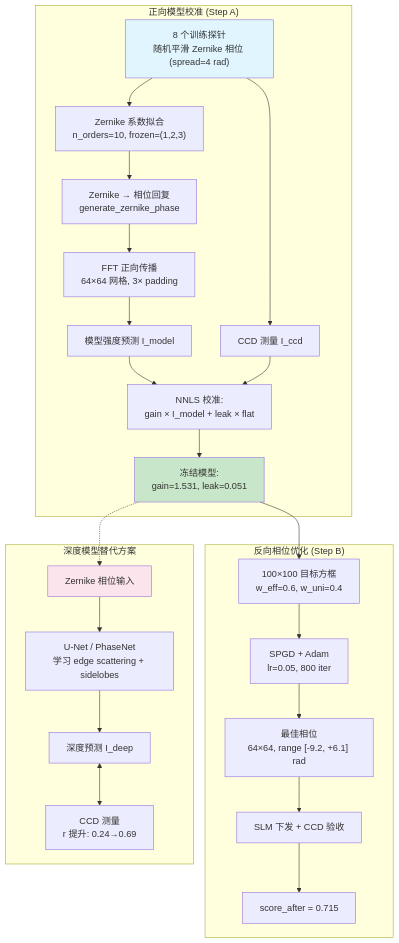
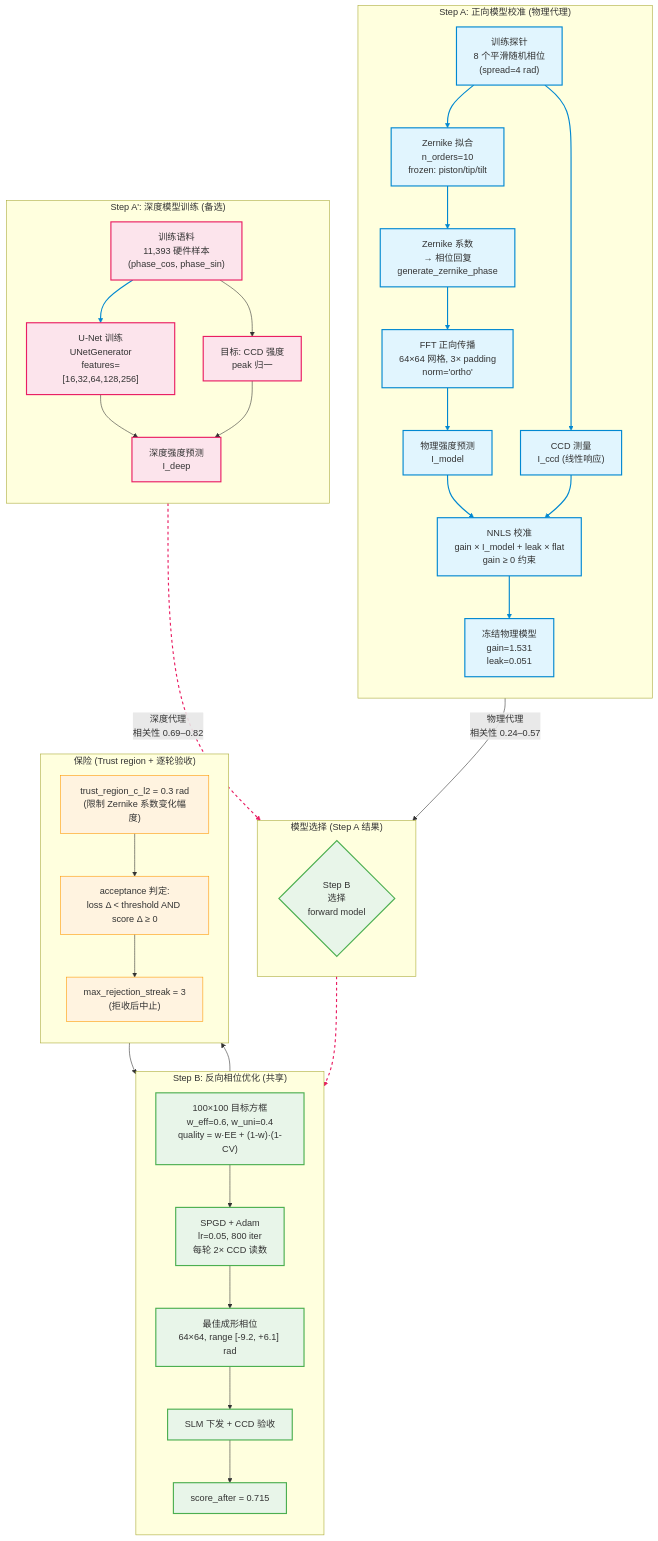
The first of 2 diagrams in report/shape_trials/model_in_loop_live_20261013.md (ywzhang909/AO-shaping), drawn with Mermaid before and after one commit. The commit also changed other lines of this file and 5 other files, not shown here.

Commit message:
report: explain deep model vs inverse optimization relationship with comparison table + forward pass diagram

````diff
--- a/report/shape_trials/model_in_loop_live_20261013.md
+++ b/report/shape_trials/model_in_loop_live_20261013.md
@@ -78,32 +82,76 @@
 ```mermaid
 graph TD
-    subgraph "正向模型校准 (Step A)"
-        A1["8 个训练探针<br/>随机平滑 Zernike 相位 (spread=4 rad)"] --> B1["Zernike 系数拟合<br/>n_orders=10, frozen=(1,2,3)"]
-        B1 --> C1[Zernike → 相位回复<br/>generate_zernike_phase]
-        C1 --> D1[FFT 正向传播<br/>64×64 网格, 3× padding]
-        D1 --> E1[模型强度预测 I_model]
-        A1 --> F1[CCD 测量 I_ccd]
-        E1 --> G1[NNLS 校准:<br/>gain × I_model + leak × flat]
+    %% Step A: Forward Model Calibration (Physical)
+    subgraph "Step A: 正向模型校准 (物理代理)"
+        direction TB
+        A1["训练探针<br/>8 个平滑随机相位<br/>(spread=4 rad)"] --> B1["Zernike 拟合<br/>n_orders=10<br/>frozen: piston/tip/tilt"]
+        B1 --> C1["Zernike 系数<br/>→ 相位回复<br/>generate_zernike_phase"]
+        C1 --> D1["FFT 正向传播<br/>64×64 网格, 3× padding<br/>norm='ortho'"]
+        D1 --> E1["物理强度预测<br/>I_model"]
+        A1 --> F1["CCD 测量<br/>I_ccd (线性响应)"]
+        E1 --> G1["NNLS 校准<br/>gain × I_model + leak × flat<br/>gain ≥ 0 约束"]
         F1 --> G1
-        G1 --> H1[冻结模型:<br/>gain=1.531, leak=0.051]
+        G1 --> H1["冻结物理模型<br/>gain=1.531<br/>leak=0.051"]
     end
 
-    subgraph "反向相位优化 (Step B)"
-        H1 --> I1[100×100 目标方框<br/>w_eff=0.6, w_uni=0.4]
-        I1 --> J1[SPGD + Adam<br/>lr=0.05, 800 iter]
-        J1 --> K1["最佳相位<br/>64×64, range [-9.2, +6.1] rad"]
-        K1 --> L1[SLM 下发 + CCD 验收]
-        L1 --> M1[score_after = 0.715]
+    %% Step A (Deep): Forward Model Training (Alternative)
+    subgraph "Step A': 深度模型训练 (备选)"
+        direction TB
+        A2["训练语料<br/>11,393 硬件样本<br/>(phase_cos, phase_sin)"] --> B2["U-Net 训练<br/>UNetGenerator<br/>features=[16,32,64,128,256]"]
+        A2 --> C2["目标: CCD 强度<br/>peak 归一"]
+        B2 --> D2["深度强度预测<br/>I_deep"]
+        C2 --> D2
     end
 
-    subgraph "深度模型替代方案"
-        N1[Zernike 相位输入] --> O1[U-Net / PhaseNet<br/>学习 edge scattering + sidelobes]
-        O1 --> P1[深度预测 I_deep]
-        P1 <--> Q1[CCD 测量<br/>r 提升: 0.24→0.69]
+    %% Model selection (parallel paths into Step B)
+    subgraph "模型选择 (Step A 结果)"
+        direction LR
+        H1 -- "物理代理\n相关性 0.24–0.57" --> S{"Step B<br/>选择<br/>forward model"}
+        D2 -- "深度代理\n相关性 0.69–0.82" --> S
     end
 
-    H1 -.-> N1
-    style A1 fill:#e1f5fe
-    style H1 fill:#c8e6c9
-    style N1 fill:#fce4ec
+    %% Step B: Reverse Phase Optimization (shared)
+    subgraph "Step B: 反向相位优化 (共享)"
+        direction TB
+        S --> I1["100×100 目标方框<br/>w_eff=0.6, w_uni=0.4<br/>quality = w·EE + (1-w)·(1-CV)"]
+        I1 --> J1["SPGD + Adam<br/>lr=0.05, 800 iter<br/>每轮 2× CCD 读数"]
+        J1 --> K1["最佳成形相位<br/>64×64, range [-9.2, +6.1] rad"]
+        K1 --> L1["SLM 下发 + CCD 验收"]
+        L1 --> M1["score_after = 0.715"]
+    end
+
+    %% Trust region and acceptance (guards)
+    subgraph "保险 (Trust region + 逐轮验收)"
+        direction TB
+        T1["trust_region_c_l2 = 0.3 rad<br/>(限制 Zernike 系数变化幅度)"]
+        T2["acceptance 判定:<br/>loss Δ < threshold AND score Δ ≥ 0"]
+        T3["max_rejection_streak = 3<br/>(拒收后中止)"]
+        J1 --> T1
+        T1 --> T2
+        T2 --> T3
+        T3 --> K1
+    end
+
+    %% Style
+    classDef stepA_fill fill:#e1f5fe,stroke:#0288d1,stroke-width:2px
+    classDef stepB_fill fill:#e8f5e9,stroke:#4caf50,stroke-width:2px
+    classDef deep_fill fill:#fce4ec,stroke:#e91e63,stroke-width:2px
+    classDef guard_fill fill:#fff3e0,stroke:#ff9800,stroke-width:1px
+
+    class A1,B1,C1,D1,E1,F1,G1,H1 stepA_fill
+    class S,I1,J1,K1,L1,M1 stepB_fill
+    class A2,B2,C2,D2 deep_fill
+    class T1,T2,T3 guard_fill
+
+    linkStyle 0 stroke:#0288d1,stroke-width:2px
+    linkStyle 1 stroke:#0288d1,stroke-width:2px
+    linkStyle 2 stroke:#0288d1,stroke-width:2px
+    linkStyle 3 stroke:#0288d1,stroke-width:2px
+    linkStyle 4 stroke:#0288d1,stroke-width:2px
+    linkStyle 5 stroke:#0288d1,stroke-width:2px
+    linkStyle 6 stroke:#0288d1,stroke-width:2px
+    linkStyle 7 stroke:#0288d1,stroke-width:2px
+    linkStyle 8 stroke:#0288d1,stroke-width:2px
+    linkStyle 13 stroke:#e91e63,stroke-width:2px,stroke-dasharray: 5 5
+    linkStyle 14 stroke:#e91e63,stroke-width:2px,stroke-dasharray: 5 5
 ```
````
